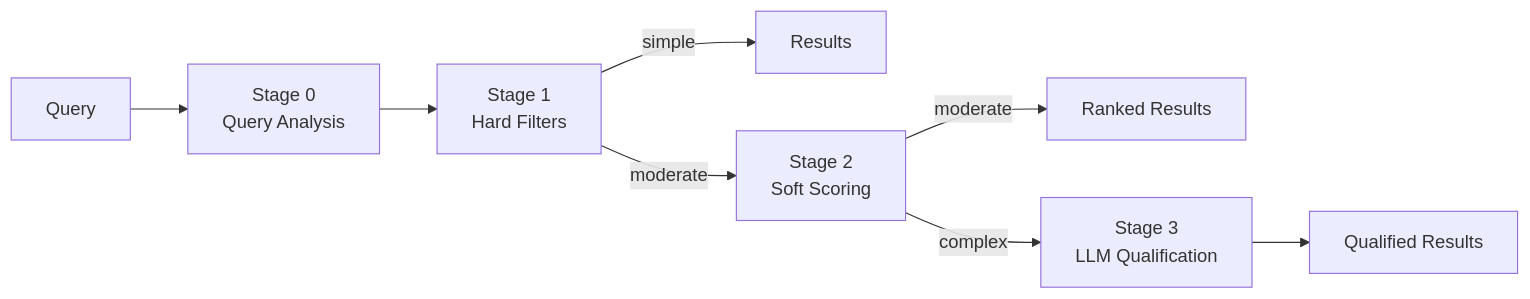
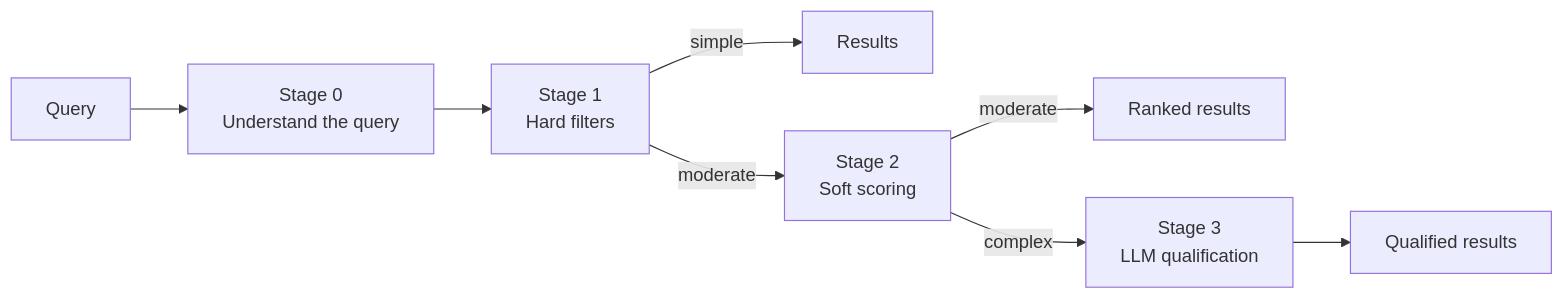
The diagram in ReadMe.md (DariusCornescu/Intent-Qualification-Verdion), drawn with Mermaid before and after one commit. The commit also changed other lines of this file, not shown here.

````diff
--- a/ReadMe.md
+++ b/ReadMe.md
@@ -24,10 +20,10 @@
 ```mermaid
 flowchart LR
-    Q[Query] --> S0[Stage 0<br>Query Analysis]
-    S0 --> S1[Stage 1<br>Hard Filters]
+    Q[Query] --> S0[Stage 0<br>Understand the query]
+    S0 --> S1[Stage 1<br>Hard filters]
     S1 -->|simple| OUT1[Results]
-    S1 -->|moderate| S2[Stage 2<br>Soft Scoring]
-    S2 -->|moderate| OUT2[Ranked Results]
-    S2 -->|complex| S3[Stage 3<br>LLM Qualification]
-    S3 --> OUT3[Qualified Results]
+    S1 -->|moderate| S2[Stage 2<br>Soft scoring]
+    S2 -->|moderate| OUT2[Ranked results]
+    S2 -->|complex| S3[Stage 3<br>LLM qualification]
+    S3 --> OUT3[Qualified results]
 ```
````
